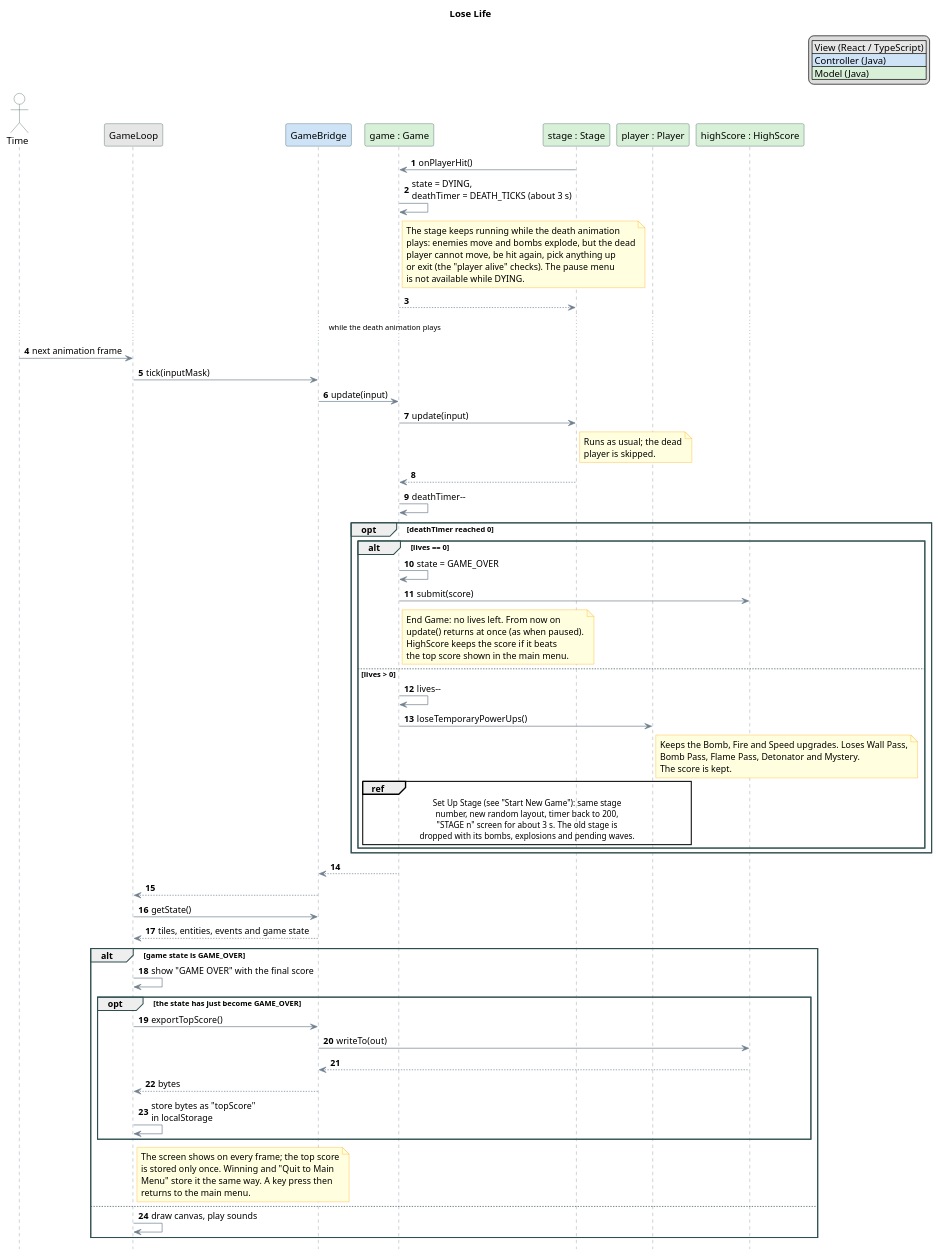
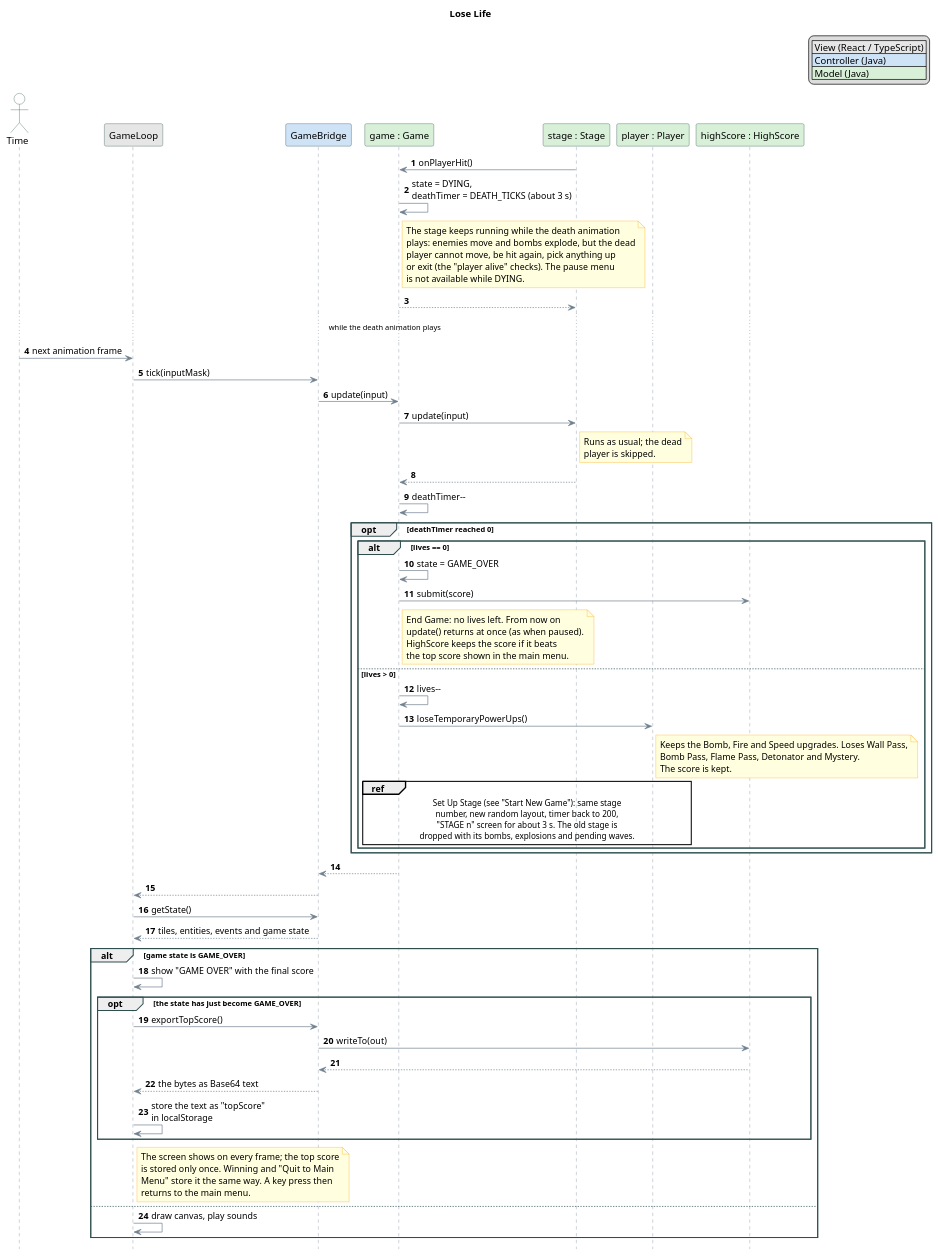
One commit to KamilDxD2/po2026 changed the diagram in projekt/uml/02-sekwencja-lose-life.puml. Above: the diagram before and after it, drawn with PlantUML. The commit also changed 32 other files, not shown here.

Commit message:
Checked what data types TeaVM WASM compiler supports and updated UML diagrams accordingly (1 unsupported type) Refined folder structure of the project

```diff
--- a/projekt/uml/02-sekwencja-lose-life.puml
+++ b/projekt/uml/02-sekwencja-lose-life.puml
@@ -1,124 +1,124 @@
 @startuml
 title Lose Life
 
 hide footbox
 
 legend top right
   |<#E6E6E6> View (React / TypeScript) |
   |<#CFE3F7> Controller (Java) |
   |<#D8F0D8> Model (Java) |
 endlegend
 autonumber
 
 skinparam ParticipantBackgroundColor LightCyan
 skinparam ParticipantBorderColor DarkSlateGray
 skinparam ActorBackgroundColor White
 skinparam ActorBorderColor DarkSlateGray
 skinparam ArrowColor SlateGray
 skinparam SequenceLifeLineBorderColor SlateGray
 skinparam SequenceGroupBorderColor DarkSlateGray
 skinparam DefaultFontName Arial
 skinparam note {
     BackgroundColor LightYellow
     BorderColor Orange
 }
 
 ' ==========================================
 ' Participants, coloured by MVC layer as in "Explode Bomb" (see legend).
 ' Starts where "Move Bomberman" and "Explode Bomb" end: the stage has
 ' just called player.die() and reports it to the game. Includes the
 ' extension "End Game" (no lives left).
 ' ==========================================
 actor "Time" as time
 
 participant "GameLoop" as view #E6E6E6
 
 participant "GameBridge" as bridge #CFE3F7
 
 participant "game : Game" as game #D8F0D8
 participant "stage : Stage" as stage #D8F0D8
 participant "player : Player" as player #D8F0D8
 participant "highScore : HighScore" as high #D8F0D8
 
 ' ==========================================
 ' 1. The death is reported (within the tick in which it happens)
 ' ==========================================
 stage -> game : onPlayerHit()
 game -> game : state = DYING,\ndeathTimer = DEATH_TICKS (about 3 s)
 note right of game
   The stage keeps running while the death animation
   plays: enemies move and bombs explode, but the dead
   player cannot move, be hit again, pick anything up
   or exit (the "player alive" checks). The pause menu
   is not available while DYING.
 end note
 game --> stage
 
 ... while the death animation plays ...
 
 ' ==========================================
 ' 2. Every later tick counts the animation down
 ' ==========================================
 time -> view : next animation frame
 view -> bridge : tick(inputMask)
 bridge -> game : update(input)
 game -> stage : update(input)
 note right of stage : Runs as usual; the dead\nplayer is skipped.
 stage --> game
 game -> game : deathTimer--
 
 opt deathTimer reached 0
     alt lives == 0
         game -> game : state = GAME_OVER
         game -> high : submit(score)
         note right of game
           End Game: no lives left. From now on
           update() returns at once (as when paused).
           HighScore keeps the score if it beats
           the top score shown in the main menu.
         end note
     else lives > 0
         game -> game : lives--
         game -> player : loseTemporaryPowerUps()
         note right of player
           Keeps the Bomb, Fire and Speed upgrades. Loses Wall Pass,
           Bomb Pass, Flame Pass, Detonator and Mystery.
           The score is kept.
         end note
         ref over game, player
           Set Up Stage (see "Start New Game"): same stage
           number, new random layout, timer back to 200,
           "STAGE n" screen for about 3 s. The old stage is
           dropped with its bombs, explosions and pending waves.
         end ref
     end
 end
 
 game --> bridge
 bridge --> view
 
 ' ==========================================
 ' 3. The view shows the result
 ' ==========================================
 view -> bridge : getState()
 bridge --> view : tiles, entities, events and game state
 alt game state is GAME_OVER
     view -> view : show "GAME OVER" with the final score
     opt the state has just become GAME_OVER
         view -> bridge : exportTopScore()
         bridge -> high : writeTo(out)
         high --> bridge
-        bridge --> view : bytes
-        view -> view : store bytes as "topScore"\nin localStorage
+        bridge --> view : the bytes as Base64 text
+        view -> view : store the text as "topScore"\nin localStorage
     end
     note right of view
       The screen shows on every frame; the top score
       is stored only once. Winning and "Quit to Main
       Menu" store it the same way. A key press then
       returns to the main menu.
     end note
 else
     view -> view : draw canvas, play sounds
 end
 
 @enduml
```
